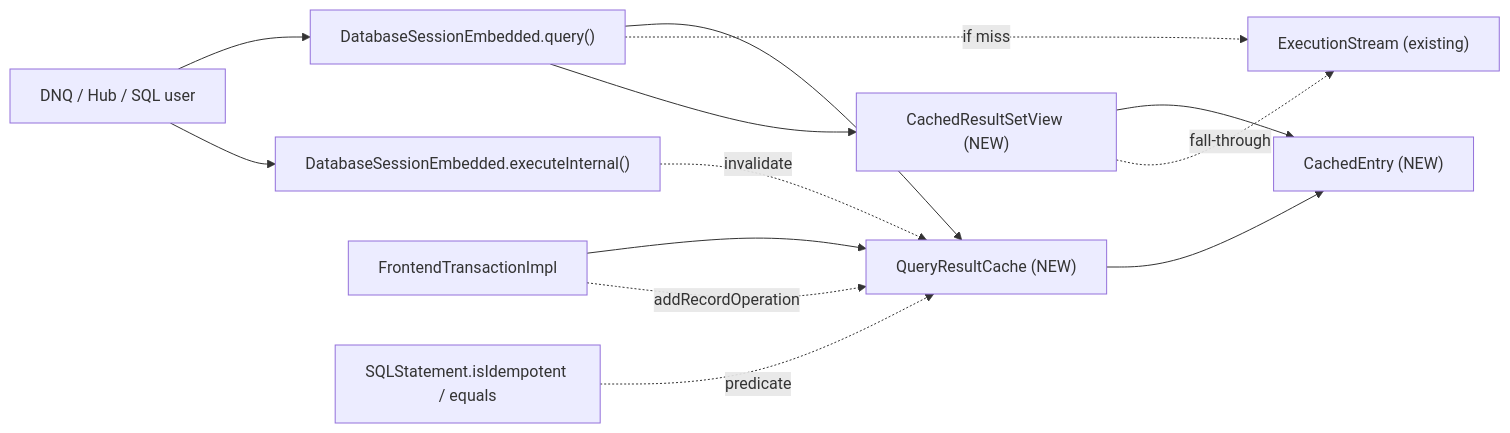
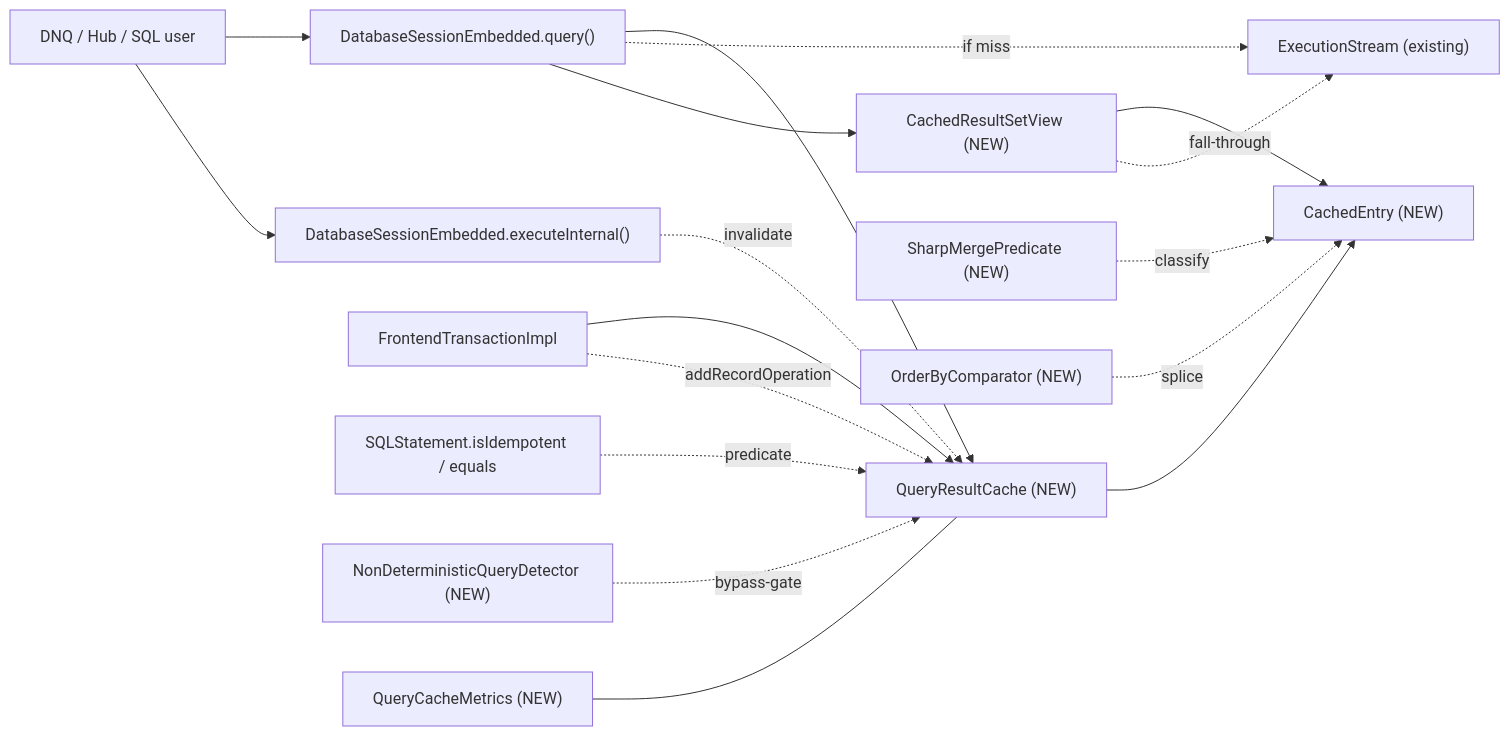
The diagram in docs/adr/YTDB-820-tx-result-cache/_workflow/implementation-plan.md (JetBrains/youtrackdb), drawn with Mermaid before and after one commit. The commit also changed other lines of this file and 4 other files, not shown here.

````diff
--- a/docs/adr/YTDB-820-tx-result-cache/_workflow/implementation-plan.md
+++ b/docs/adr/YTDB-820-tx-result-cache/_workflow/implementation-plan.md
@@ -26,15 +26,19 @@
 ```mermaid
 flowchart LR
     App["DNQ / Hub / SQL user"] --> SessQ["DatabaseSessionEmbedded.query()"]
     App --> SessE["DatabaseSessionEmbedded.executeInternal()"]
     SessQ --> Cache["QueryResultCache (NEW)"]
     SessE -.invalidate.-> Cache
     Cache --> Entry["CachedEntry (NEW)"]
     SessQ -.if miss.-> Stream["ExecutionStream (existing)"]
     SessQ --> View["CachedResultSetView (NEW)"]
     View --> Entry
     View -.fall-through.-> Stream
     Tx["FrontendTransactionImpl"] --> Cache
     Tx -.addRecordOperation.-> Cache
     SQLStmt["SQLStatement.isIdempotent / equals"] -.predicate.-> Cache
+    Sharp["SharpMergePredicate (NEW)"] -.classify.-> Entry
+    NDD["NonDeterministicQueryDetector (NEW)"] -.bypass-gate.-> Cache
+    Metrics["QueryCacheMetrics (NEW)"] --- Cache
+    OBC["OrderByComparator (NEW)"] -.splice.-> Entry
 ```
````
